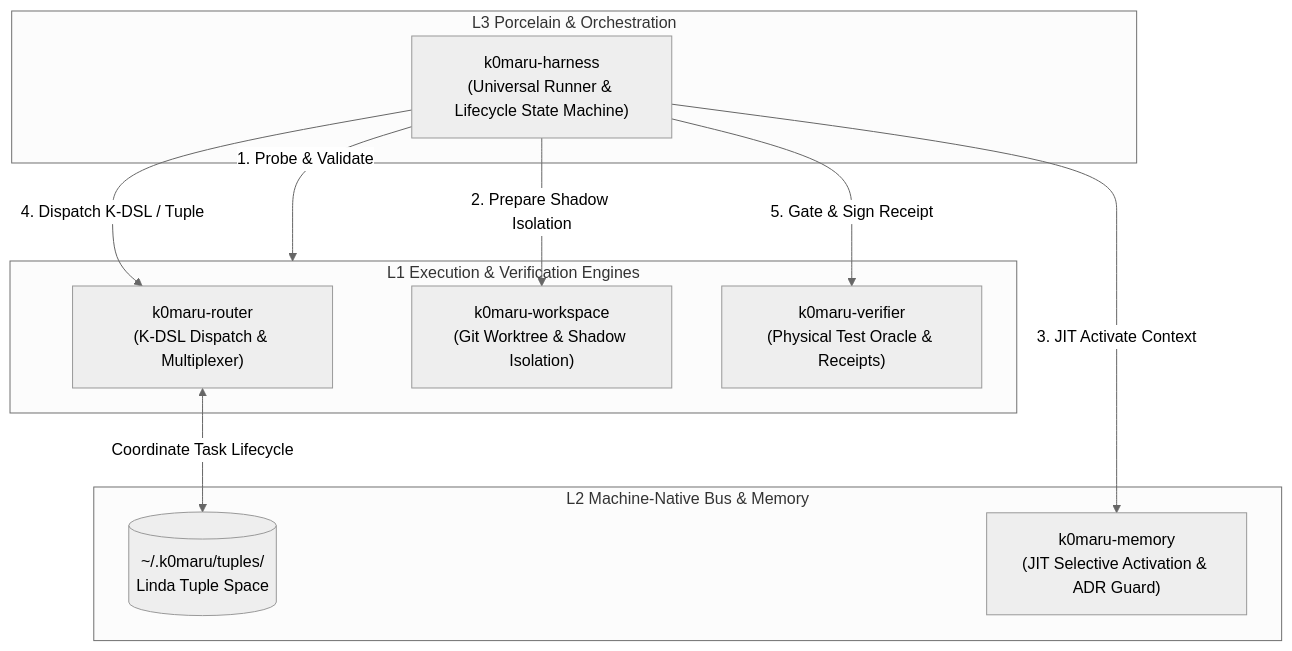
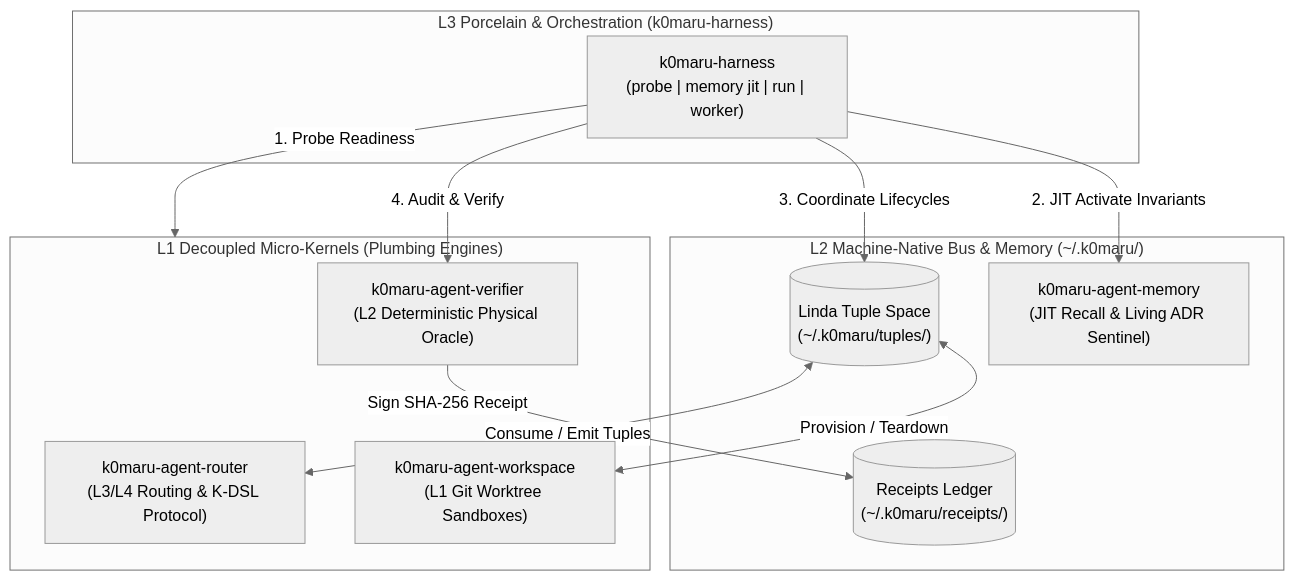
The diagram in README.md (K0maru/k0maru-harness), drawn with Mermaid (neutral theme) before and after one commit. The commit also changed other lines of this file and 2 other files, not shown here.

Commit message:
docs(readme): add bilingual English and Chinese READMEs and agent invocation guide

````diff
--- a/README.md
+++ b/README.md
@@ -21,24 +31,26 @@
 ```mermaid
 flowchart TD
-    subgraph L3_Porcelain ["L3 Porcelain & Orchestration"]
-        Harness["k0maru-harness<br/>(Universal Runner & Lifecycle State Machine)"]
+    subgraph L3_Porcelain ["L3 Porcelain & Orchestration (k0maru-harness)"]
+        CLI["k0maru-harness<br/>(probe | memory jit | run | worker)"]
     end
 
-    subgraph L2_Bus ["L2 Machine-Native Bus & Memory"]
-        TupleBus[("~/.k0maru/tuples/<br/>Linda Tuple Space")]
-        Memory["k0maru-memory<br/>(JIT Selective Activation & ADR Guard)"]
+    subgraph L2_Bus ["L2 Machine-Native Bus & Memory (~/.k0maru/)"]
+        TupleBus[("Linda Tuple Space<br/>(~/.k0maru/tuples/)")]
+        Receipts[("Receipts Ledger<br/>(~/.k0maru/receipts/)")]
+        Memory["k0maru-agent-memory<br/>(JIT Recall & Living ADR Sentinel)"]
     end
 
-    subgraph L1_Engines ["L1 Execution & Verification Engines"]
-        Router["k0maru-router<br/>(K-DSL Dispatch & Multiplexer)"]
-        Workspace["k0maru-workspace<br/>(Git Worktree & Shadow Isolation)"]
-        Verifier["k0maru-verifier<br/>(Physical Test Oracle & Receipts)"]
+    subgraph L1_Engines ["L1 Decoupled Micro-Kernels (Plumbing Engines)"]
+        Router["k0maru-agent-router<br/>(L3/L4 Routing & K-DSL Protocol)"]
+        Workspace["k0maru-agent-workspace<br/>(L1 Git Worktree Sandboxes)"]
+        Verifier["k0maru-agent-verifier<br/>(L2 Deterministic Physical Oracle)"]
     end
 
-    Harness -->|"1. Probe & Validate"| L1_Engines
-    Harness -->|"2. Prepare Shadow Isolation"| Workspace
-    Harness -->|"3. JIT Activate Context"| Memory
-    Harness -->|"4. Dispatch K-DSL / Tuple"| Router
-    Router <-->|"Coordinate Task Lifecycle"| TupleBus
-    Harness -->|"5. Gate & Sign Receipt"| Verifier
+    CLI -->|"1. Probe Readiness"| L1_Engines
+    CLI -->|"2. JIT Activate Invariants"| Memory
+    CLI -->|"3. Coordinate Lifecycles"| TupleBus
+    TupleBus <-->|"Consume / Emit Tuples"| Router
+    TupleBus <-->|"Provision / Teardown"| Workspace
+    CLI -->|"4. Audit & Verify"| Verifier
+    Verifier -->|"Sign SHA-256 Receipt"| Receipts
 ```
````
